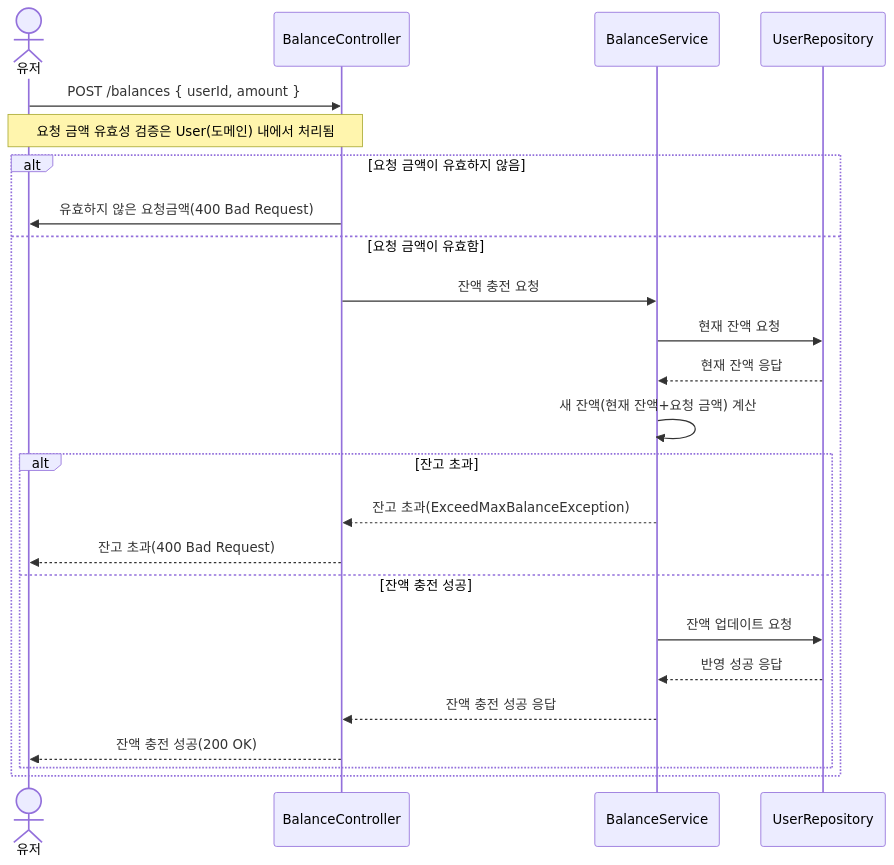
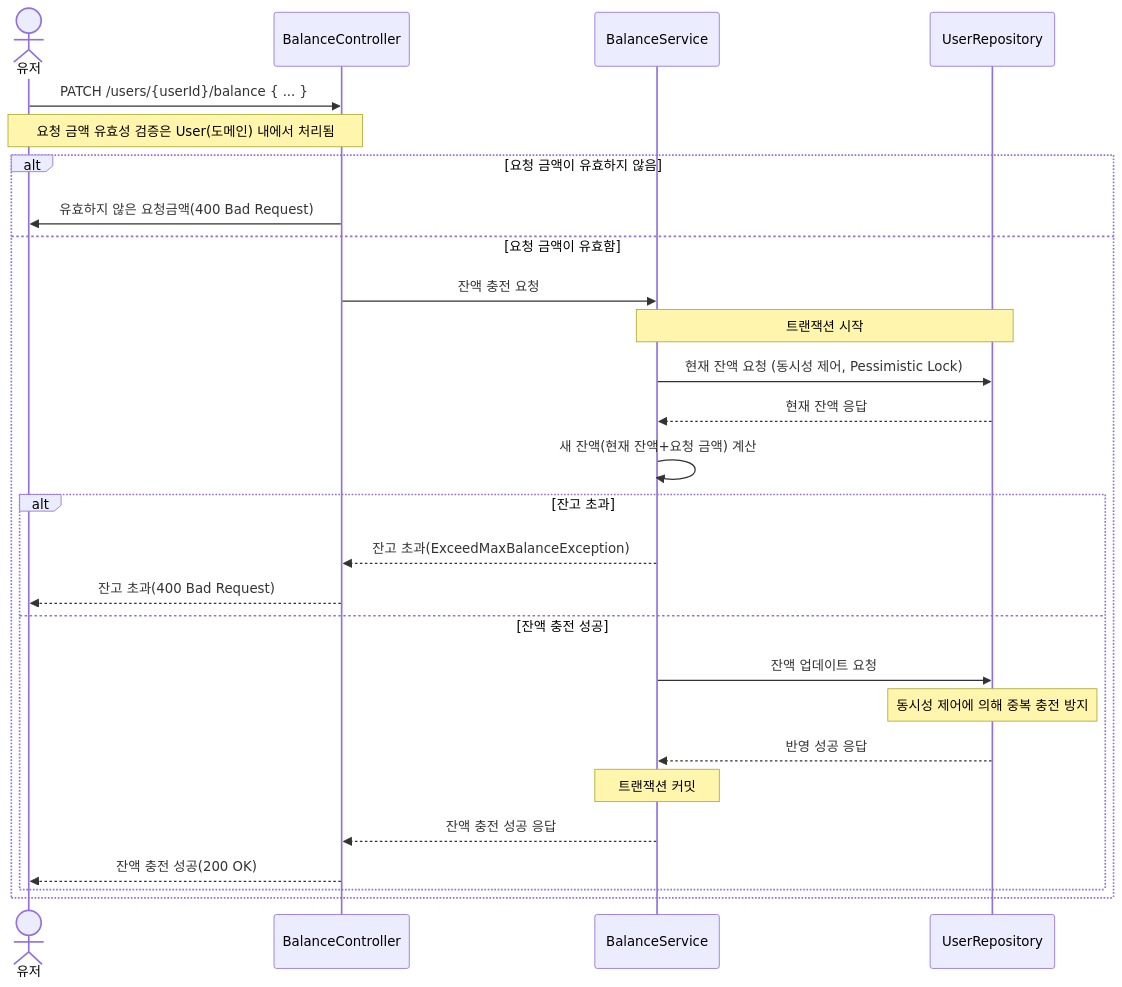
The first of 3 diagrams in docs/sequenceDiagrams.md (bskjp1004/hhplus-ecommerce-server), drawn with Mermaid before and after one commit. The commit also changed other lines of this file, not shown here.

Commit message:
docs: 시퀀스 다이어그램 수정(동시성 제어 개념 추가, 엔드포인트 경로 수정)

````diff
--- a/docs/sequenceDiagrams.md
+++ b/docs/sequenceDiagrams.md
@@ -12,27 +14,30 @@
 ```mermaid
 sequenceDiagram
     actor 유저
     participant BalanceController
     participant BalanceService
     participant UserRepository
-    유저->>BalanceController: POST /balances { userId, amount }
+    유저->>BalanceController: PATCH /users/{userId}/balance { ... }
     note over 유저,BalanceController: 요청 금액 유효성 검증은 User(도메인) 내에서 처리됨
     alt 요청 금액이 유효하지 않음
         BalanceController->>유저: 유효하지 않은 요청금액(400 Bad Request)
     else 요청 금액이 유효함
         BalanceController->>BalanceService: 잔액 충전 요청
-        BalanceService->>UserRepository: 현재 잔액 요청
+      note over BalanceService,UserRepository: 트랜잭션 시작
+        BalanceService->>UserRepository: 현재 잔액 요청 (동시성 제어, Pessimistic Lock)
         UserRepository-->>BalanceService: 현재 잔액 응답
         BalanceService->>BalanceService: 새 잔액(현재 잔액+요청 금액) 계산
         alt 잔고 초과
             BalanceService-->>BalanceController: 잔고 초과(ExceedMaxBalanceException)
             BalanceController-->>유저: 잔고 초과(400 Bad Request)
 
         else 잔액 충전 성공
             BalanceService->>UserRepository: 잔액 업데이트 요청
+          note over UserRepository: 동시성 제어에 의해 중복 충전 방지
             UserRepository-->>BalanceService: 반영 성공 응답
+          note over BalanceService: 트랜잭션 커밋
             BalanceService-->>BalanceController: 잔액 충전 성공 응답
             BalanceController-->>유저: 잔액 충전 성공(200 OK)
         end
     end
 ```
````
